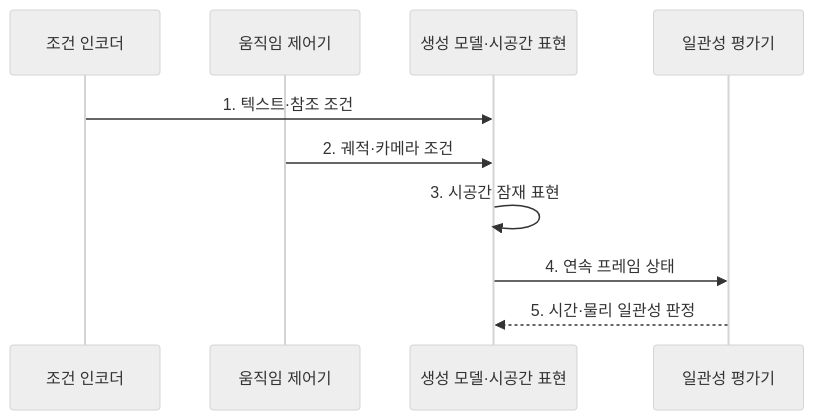
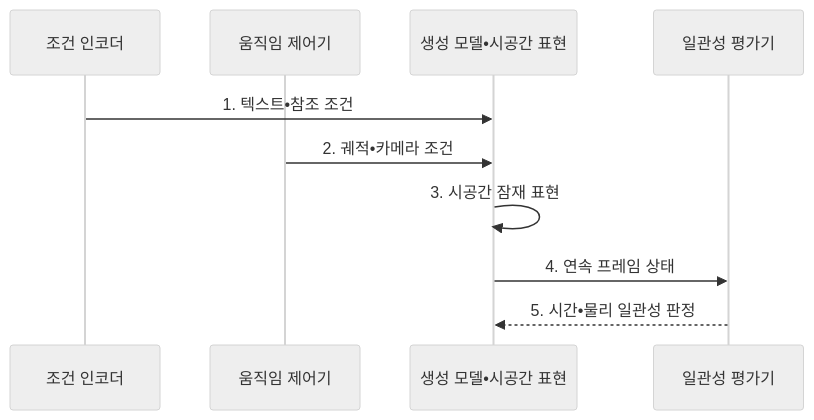
Before and after one commit to agnusdei1207/knowledge-base: the second of 2 diagrams in src/content/docs/notes/08-latest-tech/091_video_generation.md, drawn with Mermaid (neutral theme). The commit also changed other lines of this file and 953 other files, not shown here.

````diff
--- a/src/content/docs/notes/08-latest-tech/091_video_generation.md
+++ b/src/content/docs/notes/08-latest-tech/091_video_generation.md
@@ -104,12 +104,12 @@
 ```mermaid
 sequenceDiagram
   participant C as 조건 인코더
   participant M as 움직임 제어기
-  participant G as 생성 모델·시공간 표현
+  participant G as 생성 모델•시공간 표현
   participant E as 일관성 평가기
-  C->>G: 1. 텍스트·참조 조건
-  M->>G: 2. 궤적·카메라 조건
+  C->>G: 1. 텍스트•참조 조건
+  M->>G: 2. 궤적•카메라 조건
   G->>G: 3. 시공간 잠재 표현
   G->>E: 4. 연속 프레임 상태
-  E-->>G: 5. 시간·물리 일관성 판정
+  E-->>G: 5. 시간•물리 일관성 판정
 ```
````
